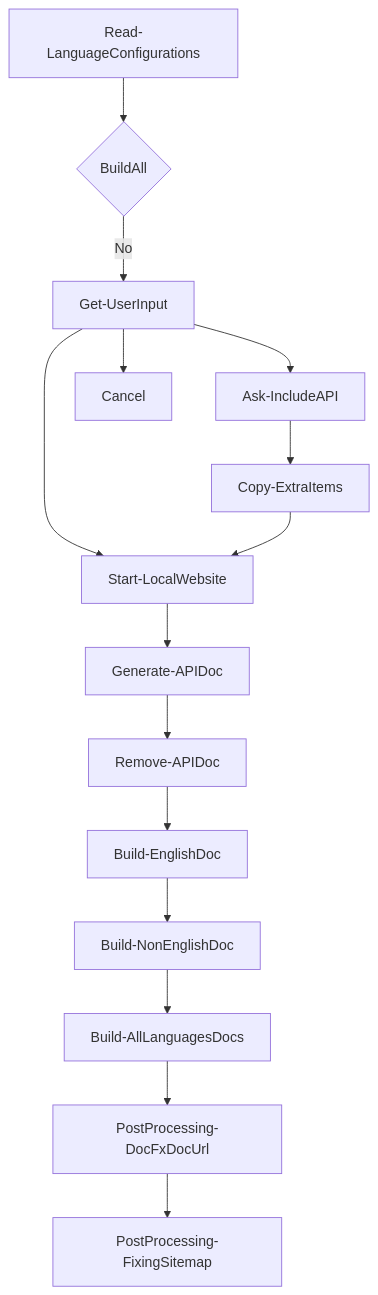
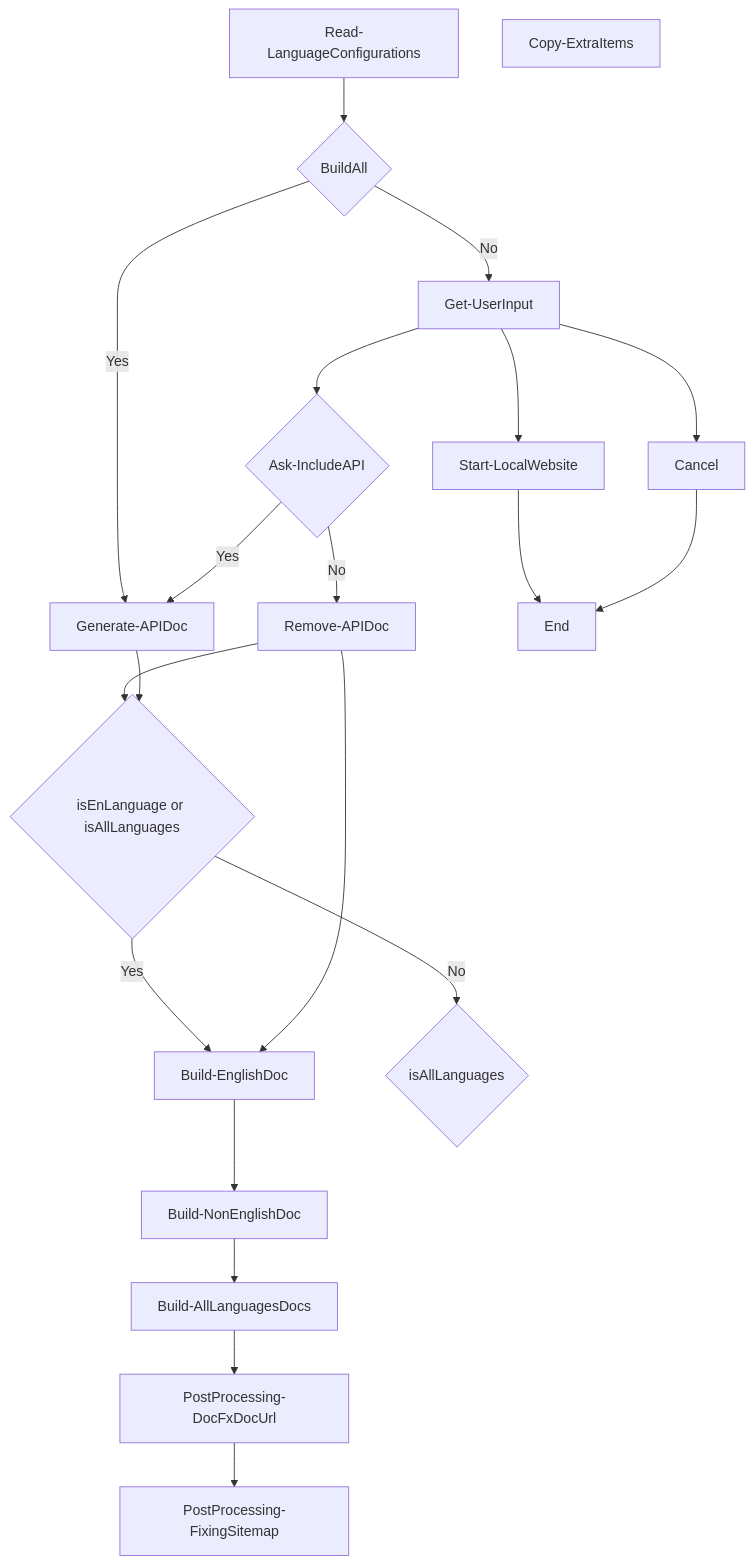
The second of 2 diagrams in README.md (NexStandard/stride-docs-next), drawn with Mermaid before and after one commit.

````diff
--- a/README.md
+++ b/README.md
@@ -165,32 +165,37 @@
 ``` mermaid
 graph TB
     A[Read-LanguageConfigurations]
     X1[BuildAll]
     B[Get-UserInput]
     C[Ask-IncludeAPI]
     D[Copy-ExtraItems]
     E[Start-LocalWebsite]
     F[Generate-APIDoc]
     G[Remove-APIDoc]
     H[Build-EnglishDoc]
     I[Build-NonEnglishDoc]
     J[Build-AllLanguagesDocs]
     K[PostProcessing-DocFxDocUrl]
     L[PostProcessing-FixingSitemap]
    
 
     A --> X1{BuildAll}
     X1 -->|No| B
-    B --> C
+    X1 -->|Yes| F
+    B --> C{Ask-IncludeAPI}
+    B --> E
     B --> X2[Cancel]
-    B --> E
-    C --> D
-    D --> E
-    E --> F
-    F --> G
+    E --> End
+    X2 --> End[End]
+    C -->|Yes| F
+    C -->|No| G
+    G --> X3{isEnLanguage or isAllLanguages}
+    F --> X3
+    X3 -->|Yes| H
+    X3 -->|No| X4{isAllLanguages}
     G --> H
     H --> I
     I --> J
     J --> K
     K --> L
 ```
````
